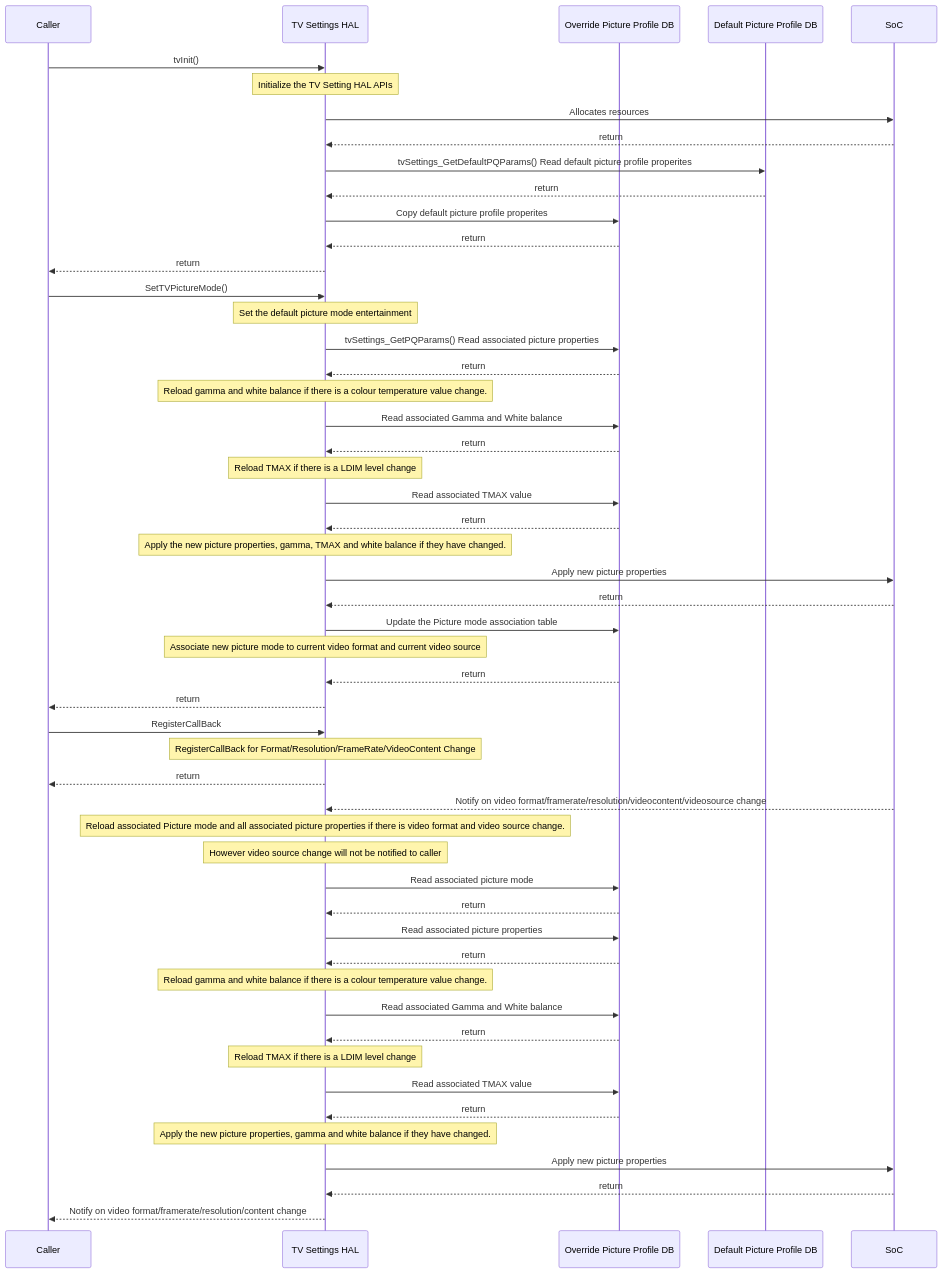
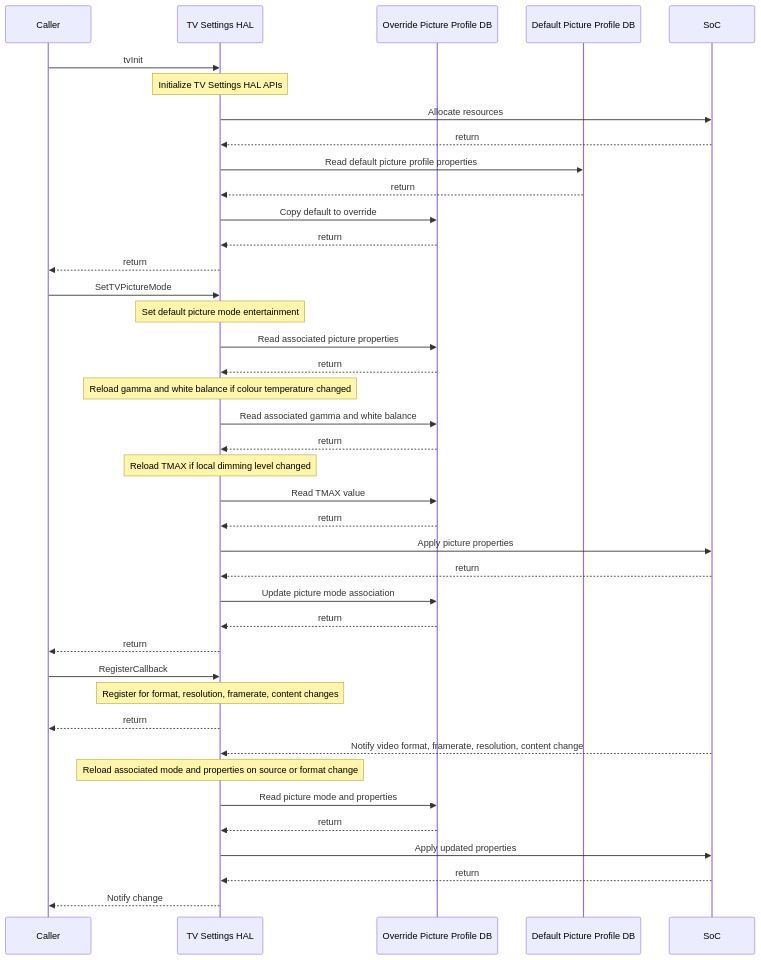
The ninth of 14 diagrams in docs/pages/tv-settings_halSpec.md (rdkcentral/rdkv-halif-tvsettings), drawn with Mermaid before and after one commit. The commit also changed other lines of this file, not shown here.

````diff
--- a/docs/pages/tv-settings_halSpec.md
+++ b/docs/pages/tv-settings_halSpec.md
@@ -314,57 +1271,91 @@
 ```mermaid
+
 sequenceDiagram
-participant Caller as Caller
-    participant HAL as TV Settings HAL
-    participant OPPDB as Override Picture Profile DB
-    participant DPPDB as Default Picture Profile DB
-    participant Driver as SoC
 
-    Caller->>HAL:tvInit()
-    Note over HAL: Initialize the TV Setting HAL APIs
-    HAL->>Driver: Allocates resources
-    Driver-->>HAL:return
-    HAL->>DPPDB: tvSettings_GetDefaultPQParams() Read default picture profile properites
-    DPPDB-->>HAL:return
-    HAL->>OPPDB: Copy default picture profile properites
-    OPPDB-->>HAL:return
-    HAL-->>Caller:return
-    Caller->>HAL: SetTVPictureMode()
-    Note over HAL: Set the default picture mode entertainment
-    HAL->>OPPDB: tvSettings_GetPQParams() Read associated picture properties
-    OPPDB-->>HAL:return
-    Note over HAL: Reload gamma and white balance if there is a colour temperature value change.
-    HAL->>OPPDB: Read associated Gamma and White balance
-    OPPDB-->>HAL:return
-    Note over HAL: Reload TMAX if there is a LDIM level change
-    HAL->>OPPDB: Read associated TMAX value
-    OPPDB-->>HAL:return
-    Note over HAL: Apply the new picture properties, gamma, TMAX and white balance if they have changed.
-    HAL->>Driver: Apply new picture properties
-    Driver-->>HAL:return
-    HAL->>OPPDB: Update the Picture mode association table
-    Note over HAL: Associate new picture mode to current video format and current video source
-    OPPDB-->>HAL:return
-    HAL-->>Caller:return
+  participant Caller as Caller
 
-    Caller->>HAL: RegisterCallBack
-    Note over HAL:RegisterCallBack for Format/Resolution/FrameRate/VideoContent Change
-    HAL-->>Caller:return
+  participant HAL as TV Settings HAL
 
-    Driver-->>HAL:Notify on video format/framerate/resolution/videocontent/videosource change
-    Note over HAL: Reload associated Picture mode and all associated picture properties if there is video format and video source change.
-    Note over HAL: However video source change will not be notified to caller
-    HAL->>OPPDB: Read associated picture mode
-    OPPDB-->>HAL:return
-    HAL->>OPPDB: Read associated picture properties
-    OPPDB-->>HAL:return
-    Note over HAL: Reload gamma and white balance if there is a colour temperature value change.
-    HAL->>OPPDB: Read associated Gamma and White balance
-    OPPDB-->>HAL:return
-    Note over HAL: Reload TMAX if there is a LDIM level change
-    HAL->>OPPDB: Read associated TMAX value
-    OPPDB-->>HAL:return
-    Note over HAL: Apply the new picture properties, gamma and white balance if they have changed.
-    HAL->>Driver: Apply new picture properties
-    Driver-->>HAL: return
-    HAL-->>Caller:Notify on video format/framerate/resolution/content change
+  participant OPPDB as Override Picture Profile DB
+
+  participant DPPDB as Default Picture Profile DB
+
+  participant Driver as SoC
+
+ 
+
+  Caller->>HAL: tvInit
+
+  Note over HAL: Initialize TV Settings HAL APIs
+
+  HAL->>Driver: Allocate resources
+
+  Driver-->>HAL: return
+
+  HAL->>DPPDB: Read default picture profile properties
+
+  DPPDB-->>HAL: return
+
+  HAL->>OPPDB: Copy default to override
+
+  OPPDB-->>HAL: return
+
+  HAL-->>Caller: return
+
+ 
+
+  Caller->>HAL: SetTVPictureMode
+
+  Note over HAL: Set default picture mode entertainment
+
+  HAL->>OPPDB: Read associated picture properties
+
+  OPPDB-->>HAL: return
+
+  Note over HAL: Reload gamma and white balance if colour temperature changed
+
+  HAL->>OPPDB: Read associated gamma and white balance
+
+  OPPDB-->>HAL: return
+
+  Note over HAL: Reload TMAX if local dimming level changed
+
+  HAL->>OPPDB: Read TMAX value
+
+  OPPDB-->>HAL: return
+
+  HAL->>Driver: Apply picture properties
+
+  Driver-->>HAL: return
+
+  HAL->>OPPDB: Update picture mode association
+
+  OPPDB-->>HAL: return
+
+  HAL-->>Caller: return
+
+ 
+
+  Caller->>HAL: RegisterCallback
+
+  Note over HAL: Register for format, resolution, framerate, content changes
+
+  HAL-->>Caller: return
+
+ 
+
+  Driver-->>HAL: Notify video format, framerate, resolution, content change
+
+  Note over HAL: Reload associated mode and properties on source or format change
+
+  HAL->>OPPDB: Read picture mode and properties
+
+  OPPDB-->>HAL: return
+
+  HAL->>Driver: Apply updated properties
+
+  Driver-->>HAL: return
+
+  HAL-->>Caller: Notify change
+
 ```
````
